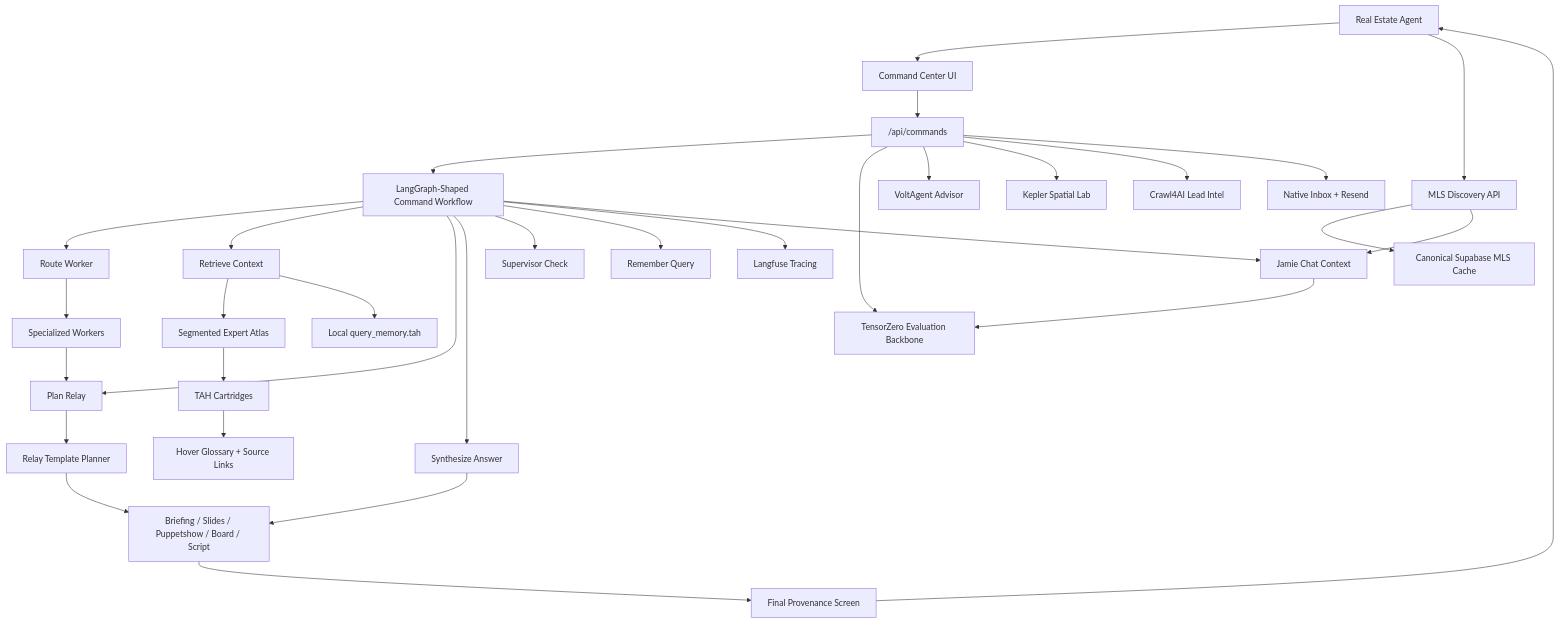
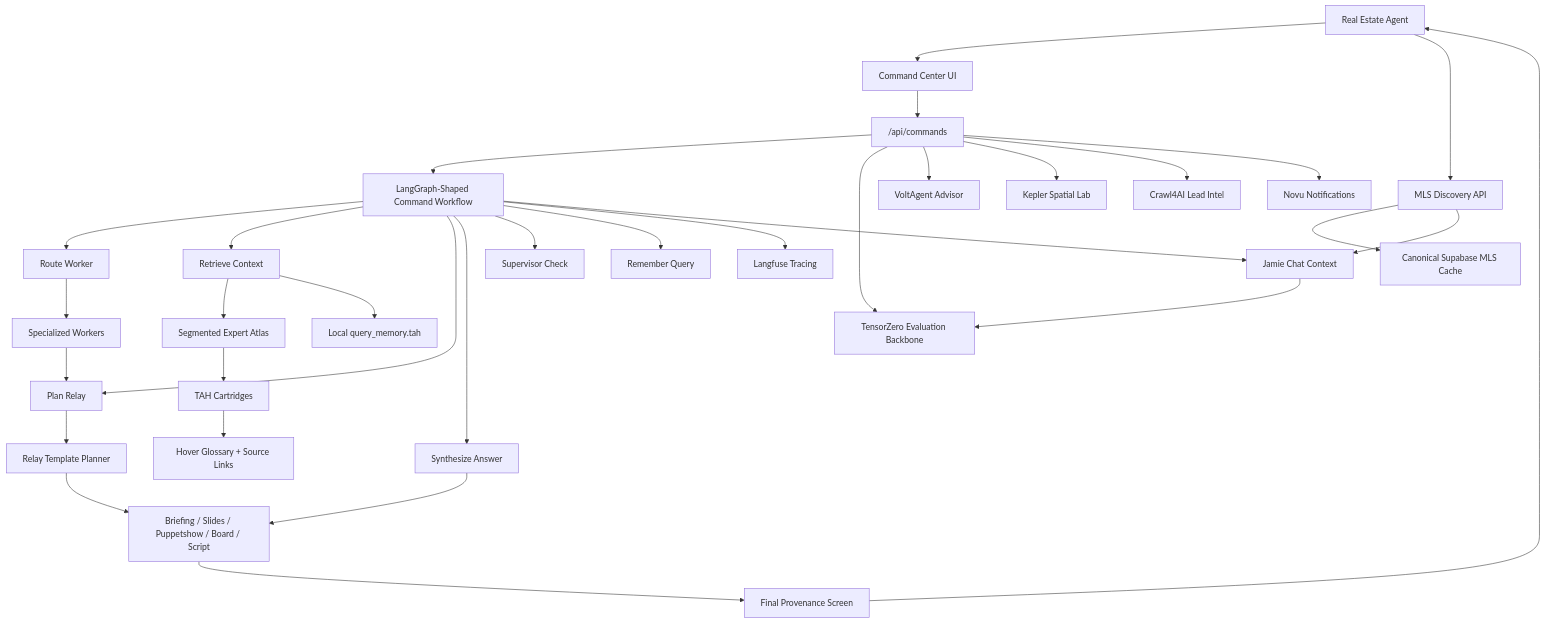
One commit to tahsrz/sunset-pulse changed the first of 2 diagrams in README.md. Above: the diagram before and after it, drawn with Mermaid. The commit also changed other lines of this file and 304 other files, not shown here.

````diff
--- a/README.md
+++ b/README.md
@@ -200,34 +108,34 @@
 ```mermaid
 flowchart TD
   Agent["Real Estate Agent"] --> UI["Command Center UI"]
   UI --> API["/api/commands"]
   API --> Graph["LangGraph-Shaped Command Workflow"]
   Graph --> Route["Route Worker"]
   Graph --> Retrieve["Retrieve Context"]
   Graph --> Plan["Plan Relay"]
   Graph --> Synthesize["Synthesize Answer"]
   Graph --> Supervise["Supervisor Check"]
   Graph --> Remember["Remember Query"]
   Graph --> Observe["Langfuse Tracing"]
   API --> TZero["TensorZero Evaluation Backbone"]
   API --> Volt["VoltAgent Advisor"]
   API --> Kepler["Kepler Spatial Lab"]
   Route --> Workers["Specialized Workers"]
   Retrieve --> Atlas["Segmented Expert Atlas"]
   Retrieve --> Memory["Local query_memory.tah"]
   Graph --> Jamie["Jamie Chat Context"]
   Jamie --> TZero
   API --> Crawl4AI["Crawl4AI Lead Intel"]
-  API --> Notify["Native Inbox + Resend"]
+  API --> Novu["Novu Notifications"]
   Agent --> Discovery["MLS Discovery API"]
   Discovery --> Listings["Canonical Supabase MLS Cache"]
   Discovery --> Jamie
   Atlas --> TAH["TAH Cartridges"]
   TAH --> Glossary["Hover Glossary + Source Links"]
   Workers --> Plan
   Plan --> Relay["Relay Template Planner"]
   Synthesize --> Output["Briefing / Slides / Puppetshow / Board / Script"]
   Relay --> Output
   Output --> Final["Final Provenance Screen"]
   Final --> Agent
 ```
````
